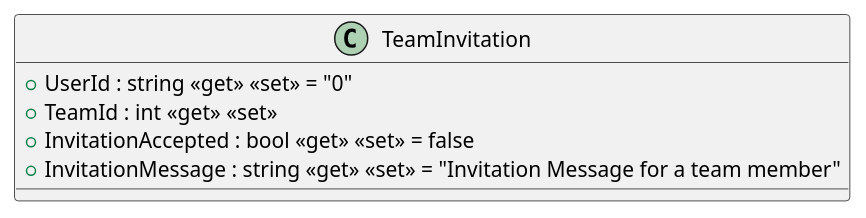
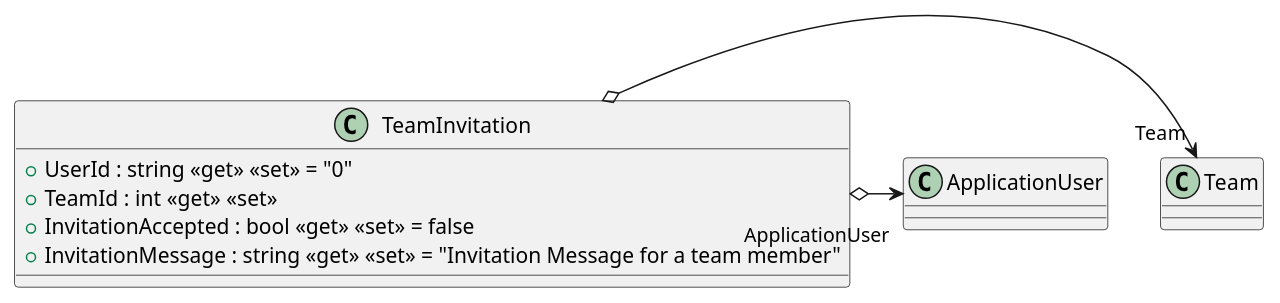
One commit to SEII2627SEALLUAN/SEII2627SEALLUAN changed the diagram in src/AppForSEII.API/ClassDiagram/TeamInvitation.puml. Above: the diagram before and after it, drawn with PlantUML. The commit also changed 14 other files, not shown here.

First line of the commit message:
Add entity relationships and update PlantUML class diagram (#27)

```diff
--- a/src/AppForSEII.API/ClassDiagram/TeamInvitation.puml
+++ b/src/AppForSEII.API/ClassDiagram/TeamInvitation.puml
@@ -1,8 +1,10 @@
 @startuml
 class TeamInvitation {
     + UserId : string <<get>> <<set>> = "0"
     + TeamId : int <<get>> <<set>>
     + InvitationAccepted : bool <<get>> <<set>> = false
     + InvitationMessage : string <<get>> <<set>> = "Invitation Message for a team member"
 }
+TeamInvitation o-> "Team" Team
+TeamInvitation o-> "ApplicationUser" ApplicationUser
 @enduml
```
